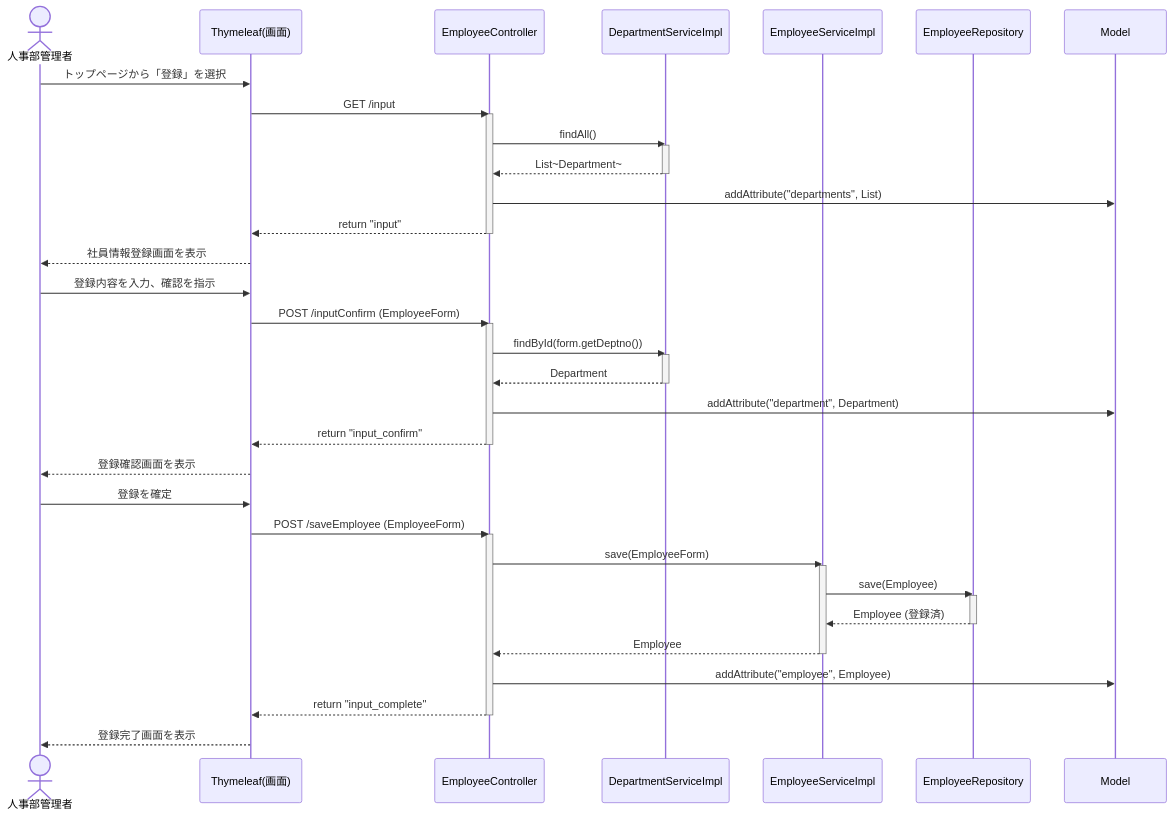
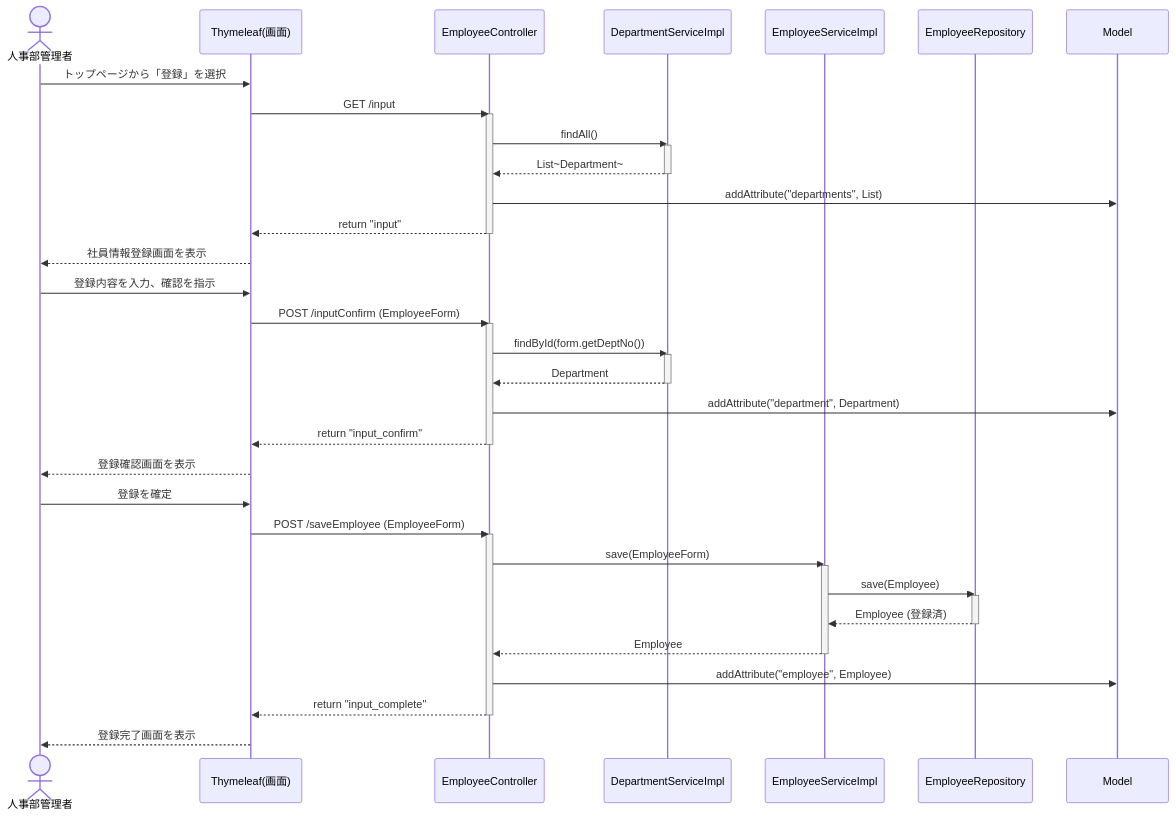
Before and after one commit to juyeongjung1/NewEIMS: diagram 23 of 25 in EIMS_Comprehensive_Exercise_Guide.md, drawn with Mermaid. The commit also changed other lines of this file, not shown here.

````diff
--- a/EIMS_Comprehensive_Exercise_Guide.md
+++ b/EIMS_Comprehensive_Exercise_Guide.md
@@ -1549,54 +1553,54 @@
 ```mermaid
 sequenceDiagram
     actor Admin as 人事部管理者
     participant View as Thymeleaf(画面)
     participant Ctrl as EmployeeController
     participant DSvc as DepartmentServiceImpl
     participant Svc as EmployeeServiceImpl
     participant Rep as EmployeeRepository
     participant Model as Model
 
     Admin ->> View: トップページから「登録」を選択
     View ->> Ctrl: GET /input
     activate Ctrl
     Ctrl ->> DSvc: findAll()
     activate DSvc
     DSvc -->> Ctrl: List~Department~
     deactivate DSvc
     Ctrl ->> Model: addAttribute("departments", List)
     Ctrl -->> View: return "input"
     deactivate Ctrl
     View -->> Admin: 社員情報登録画面を表示
 
     Admin ->> View: 登録内容を入力、確認を指示
     View ->> Ctrl: POST /inputConfirm (EmployeeForm)
     activate Ctrl
     
-    Ctrl ->> DSvc: findById(form.getDeptno())
+    Ctrl ->> DSvc: findById(form.getDeptNo())
     activate DSvc
     DSvc -->> Ctrl: Department
     deactivate DSvc
     
     Ctrl ->> Model: addAttribute("department", Department)
     Ctrl -->> View: return "input_confirm"
     deactivate Ctrl
     View -->> Admin: 登録確認画面を表示
     
     Admin ->> View: 登録を確定
     View ->> Ctrl: POST /saveEmployee (EmployeeForm)
     activate Ctrl
     
     Ctrl ->> Svc: save(EmployeeForm)
     activate Svc
     Svc ->> Rep: save(Employee)
     activate Rep
     Rep -->> Svc: Employee (登録済)
     deactivate Rep
     Svc -->> Ctrl: Employee
     deactivate Svc
     Ctrl ->> Model: addAttribute("employee", Employee)
     
     Ctrl -->> View: return "input_complete"
     deactivate Ctrl
     View -->> Admin: 登録完了画面を表示
 ```
````
